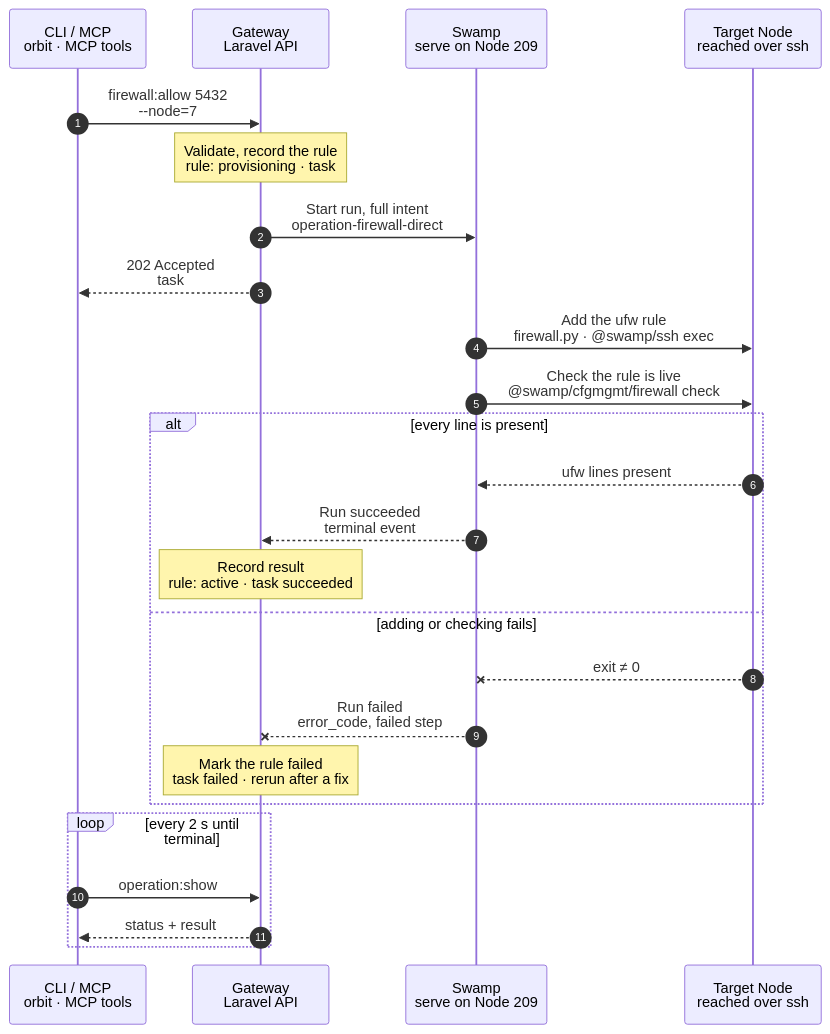
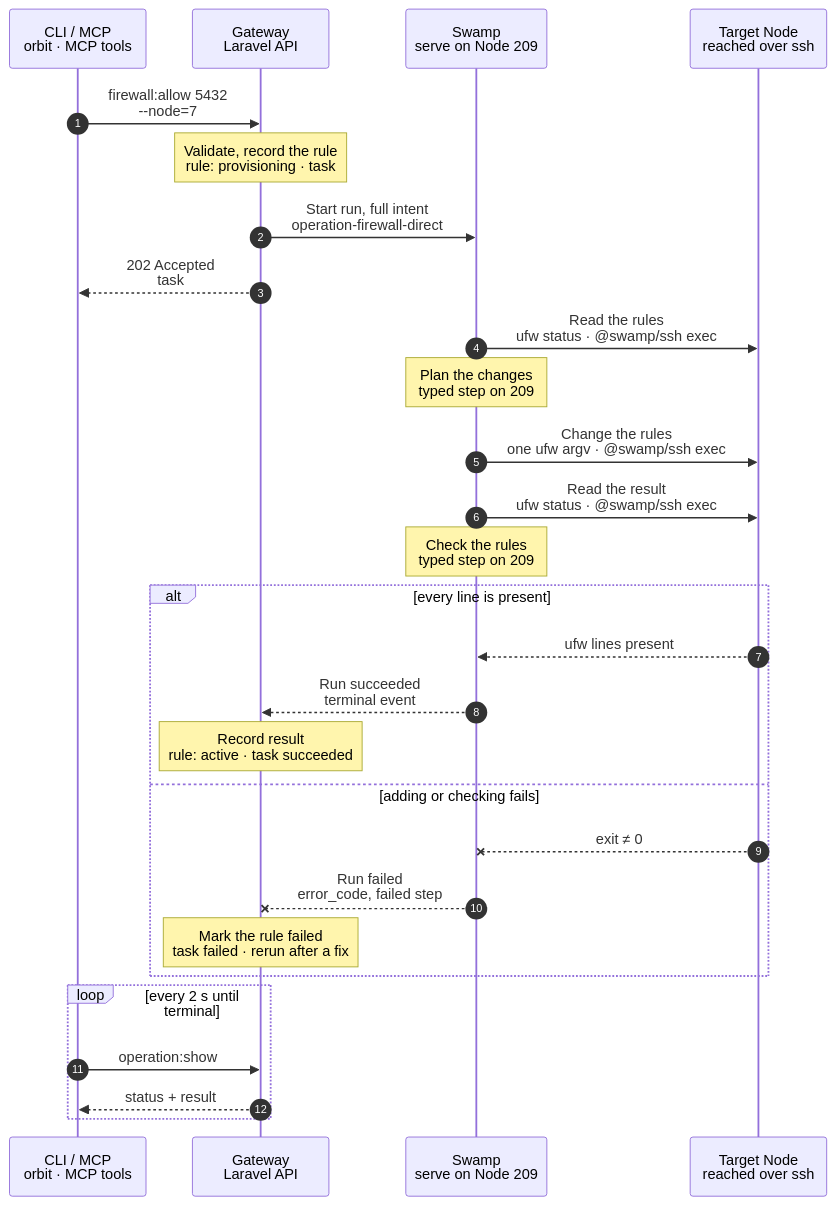
Before and after one commit to hardimpactdev/orbit: the diagram in docs/cli/firewall/allow.mmd, drawn with Mermaid. The commit also changed 19 other files, not shown here.

First line of the commit message:
feat(firewall): converge rules with one ufw argv per change; delete firewall.py (rule 22)

```diff
--- a/docs/cli/firewall/allow.mmd
+++ b/docs/cli/firewall/allow.mmd
@@ -1,108 +1,115 @@
 sequenceDiagram
   %% Target design: ADR 0244 task, ADR 0241 allowlists, DECISIONS R1-R4 + 5 (process.stop shape, shared SSH identity).
-  %% Tightened: flow-tighten 2026-11-02, rule 22 (firewall.py is the one named gap: cfgmgmt firewall has no insert position).
+  %% Tightened: flow-tighten 2026-11-03, rule 22 (no script: one ufw argv per change over @swamp/ssh exec; a typed step plans positions, Lab #4334).
   %% status: reviewed
   %% command: firewall:allow
   %% kind: firewall.allow
   autonumber
   %% lane CLI icon=terminal pill=caller tone=gray
   %% lane GW icon=gateway pill=intent tone=blue
   %% lane SW icon=workflow pill=executes tone=green
   %% lane N icon=server pill=target tone=amber
   participant CLI as CLI / MCP<br/>orbit · MCP tools
   participant GW as Gateway<br/>Laravel API
   participant SW as Swamp<br/>serve on Node 209
   participant N as Target Node<br/>reached over ssh
   CLI->>GW: firewall:allow 5432<br/>--node=7
   %%> Command:
   %%> - `orbit firewall:allow 5432 --node=7`
   %%> - syntax: `<port> --node=ID [--from=SOURCE] [--protocol=tcp|udp] [--label=TEXT]`
   %%> Input:
   %%> - the port as the argument: a number such as `5432`, or a range such as `8000:8100`
   %%> - the Node, and optionally the source address and the protocol
   %%> - optionally a label or short description
   %%> Not accepted:
   %%> - service names such as `postgres` as the port
   %%> Who can call it:
   %%> - the `orbit` CLI and the MCP tool send the same request
   Note over GW: Validate, record the rule<br/>rule: provisioning · task #5130
   %%> Requirements:
   %%> - your Node has an access grant to Node 7
   %%> - Node 7 is an active Linux Node
   %%> - the port and source are valid
   %%> - Node 7 has no rule yet for the same port, protocol and source
   %%> - no opposite rule for the same port, protocol and source; an allow and a deny for exactly the same scope is refused (`firewall.rule_conflict`)
   %%> Allowed:
   %%> - overlapping rules with a different scope, for example deny `5432` from anywhere plus allow `5432` from one IP
   %%> - no other firewall change runs on Node 7; the Gateway holds one lock per Node
   %%> Result:
   %%> - the rule for port 5432 recorded with status provisioning
   %%> - task #5130 recorded with the full intent
   %%> - nothing has happened on the Node yet
   GW->>SW: Start run, full intent<br/>operation-firewall-direct
   %%> What it does:
   %%> - starts one Swamp run on serve (Node 209)
   %%> Inputs:
   %%> - the rule as exact ufw lines: port, protocol, source, direction
   %%> - Node 7's address and SSH host keys; the SSH identity comes from the `swamp` role
   GW-->>CLI: 202 Accepted<br/>task #5130
   %%> What you get:
   %%> - the task number, at once
   %%> Next:
   %%> - the CLI follows the task with `operation:show`
-  SW->>N: Add the ufw rule<br/>firewall.py · @swamp/ssh exec
+  SW->>N: Read the rules<br/>ufw status · @swamp/ssh exec
   %%> How:
-  %%> - Swamp reaches Node 7 over SSH from 209
-  %%> - `firewall.py` is sent as one `python3 -I -c` argument; nothing is copied to the Node
-  %%> Why a script:
-  %%> - the one named gap: `@swamp/cfgmgmt/firewall` cannot insert a rule at a position, and ufw stops at the first match
+  %%> - Swamp reaches Node 7 over SSH from 209 with the official `@swamp/ssh` behavior
+  %%> - refuses an inactive firewall (`firewall.backend_inactive`) before any change
+  Note over SW: Plan the changes<br/>typed step on 209
   %%> What it does:
-  %%> - adds one ufw allow line per port and protocol, commented with its label
+  %%> - turns ufw's numbered rows into the ufw commands this rule needs, in order
+  %%> - an insert position counts the rows as they will be after the earlier commands
   %%> Order:
   %%> - narrower rules go above broader ones, allow or deny, so an exception such as one IP wins over a rule for anywhere
   %%> - ufw stops at the first match, so Orbit sets this order on every change
   %%> - all operator rules sit above Orbit's own broad rules, such as WireGuard peer trust, so a deny on a port also applies to WireGuard peers
-  %%> - an existing identical line is left as it is
-  %%> - reads ufw back after the insert and exits non-zero when the order is wrong
-  SW->>N: Check the rule is live<br/>@swamp/cfgmgmt/firewall check
+  %%> Why typed, not cfgmgmt:
+  %%> - `@swamp/cfgmgmt/firewall` cannot insert at a position (Lab #4334) or name a port range
+  SW->>N: Change the rules<br/>one ufw argv · @swamp/ssh exec
   %%> What it does:
-  %%> - reads ufw back and checks every expected line is present
-  %%> - the order (narrower above broader) is read back by `firewall.py` in the step before
+  %%> - adds one ufw allow line per port, protocol and family, commented with its label
+  %%> - inserts each line at the position the plan names; an existing identical, well-placed line is left as it is
+  %%> - moves a line that sits in the wrong place: deletes it, then inserts it again
+  %%> - runs the planned commands one at a time; nothing is copied to the Node
+  SW->>N: Read the result<br/>ufw status · @swamp/ssh exec
+  Note over SW: Check the rules<br/>typed step on 209
+  %%> What it does:
+  %%> - checks every expected line is present, in narrow-first order
+  %%> - prints the public result; a line that ufw changed in between fails the check, and a rerun repairs it
   %%> Why:
   %%> - the rule only counts as active when ufw shows it
   alt every line is present
     N-->>SW: ufw lines present
     %%> Returns:
     %%> - the check passed for every line
     SW-->>GW: Run succeeded<br/>terminal event
     %%> How the Gateway learns it:
     %%> - its shared run reader sees the terminal event; Swamp never calls the Gateway
     Note over GW: Record result<br/>rule: active · task succeeded
     %%> Result:
     %%> - the rule for port 5432 becomes active
     %%> - task #5130 succeeds
   else adding or checking fails
     N--xSW: exit ≠ 0
     %%> When:
     %%> - ufw refuses the line, SSH fails, or a line is missing after the add
     SW--xGW: Run failed<br/>error_code, failed step
     %%> The Gateway reads:
     %%> - which step failed and its error code
     Note over GW: Mark the rule failed<br/>task failed · rerun after a fix
     %%> Result:
     %%> - the rule for port 5432 is marked failed, so you can see it
     %%> - task #5130 fails
     %%> On the Node:
     %%> - lines added before the failure stay; there is no rollback
     %%> - that is safe: the rule is marked failed, and a rerun skips lines that already exist
     %%> Retry:
     %%> - run the same command again after fixing the cause; it is a new task
   end
   loop every 2 s until terminal
     CLI->>GW: operation:show #5130
     %%> What it does:
     %%> - asks for the task's status every 2 seconds until it has ended
     GW-->>CLI: status + result
     %%> Returns:
     %%> - the current status, and the result once the task has ended
   end
```
